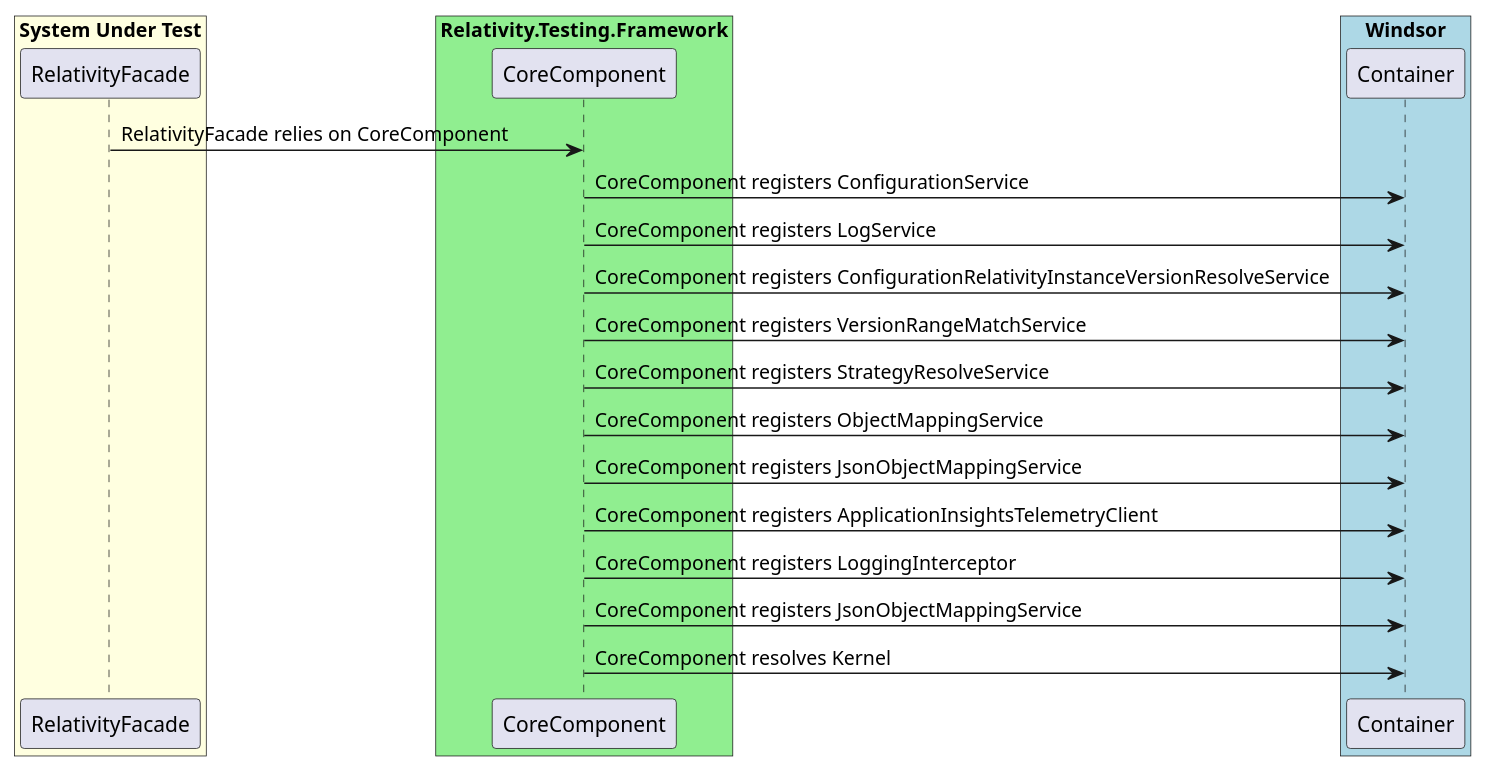
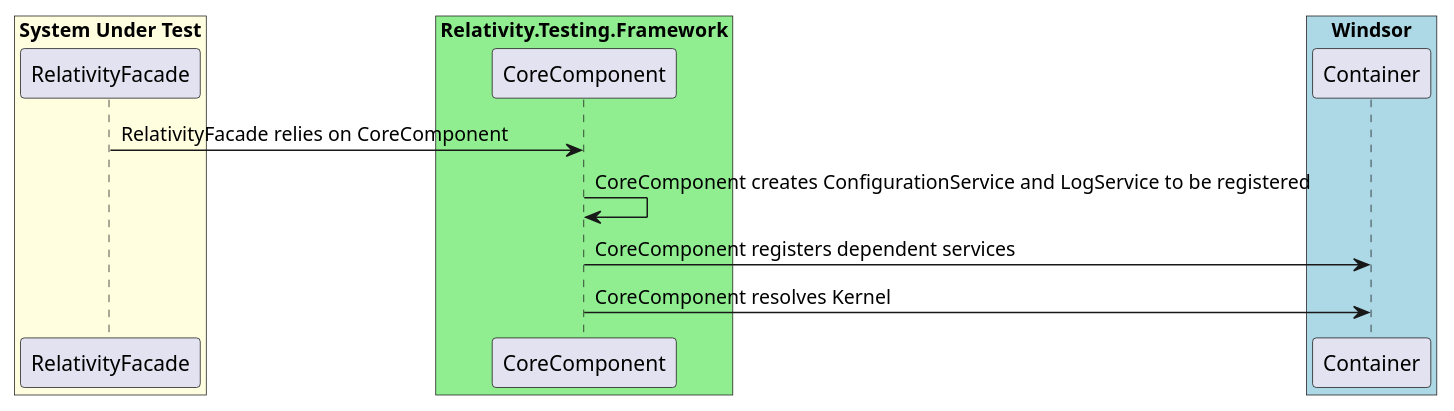
One commit to relativitydev/relativity.testing.framework changed the diagram in docs/architecture/CoreComponent.pu. Above: the diagram before and after it, drawn with PlantUML. The commit also changed 1 other file, not shown here.

Commit message:
TESTENG-1465: Simplify the registration section and be explicit of what the CoreComponent creates

```diff
--- a/docs/architecture/CoreComponent.pu
+++ b/docs/architecture/CoreComponent.pu
@@ -1,28 +1,20 @@
 @startuml Relativity.Testing.Framework Interceptors Sequence Diagram
 
 box "System Under Test" #LightYellow
 participant "RelativityFacade"
 end box
 
 box "Relativity.Testing.Framework" #LightGreen
 participant "CoreComponent"
 end box
 
 box "Windsor" #LightBlue
 participant "Container"
 end box
 
 "RelativityFacade" -> "CoreComponent" : RelativityFacade relies on CoreComponent
-"CoreComponent" -> "Container" : CoreComponent registers ConfigurationService
-"CoreComponent" -> "Container" : CoreComponent registers LogService
-"CoreComponent" -> "Container" : CoreComponent registers ConfigurationRelativityInstanceVersionResolveService
-"CoreComponent" -> "Container" : CoreComponent registers VersionRangeMatchService
-"CoreComponent" -> "Container" : CoreComponent registers StrategyResolveService
-"CoreComponent" -> "Container" : CoreComponent registers ObjectMappingService
-"CoreComponent" -> "Container" : CoreComponent registers JsonObjectMappingService
-"CoreComponent" -> "Container" : CoreComponent registers ApplicationInsightsTelemetryClient
-"CoreComponent" -> "Container" : CoreComponent registers LoggingInterceptor
-"CoreComponent" -> "Container" : CoreComponent registers JsonObjectMappingService
+"CoreComponent" -> "CoreComponent" : CoreComponent creates ConfigurationService and LogService to be registered
+"CoreComponent" -> "Container" : CoreComponent registers dependent services
 "CoreComponent" -> "Container" : CoreComponent resolves Kernel
 
 @enduml
```
